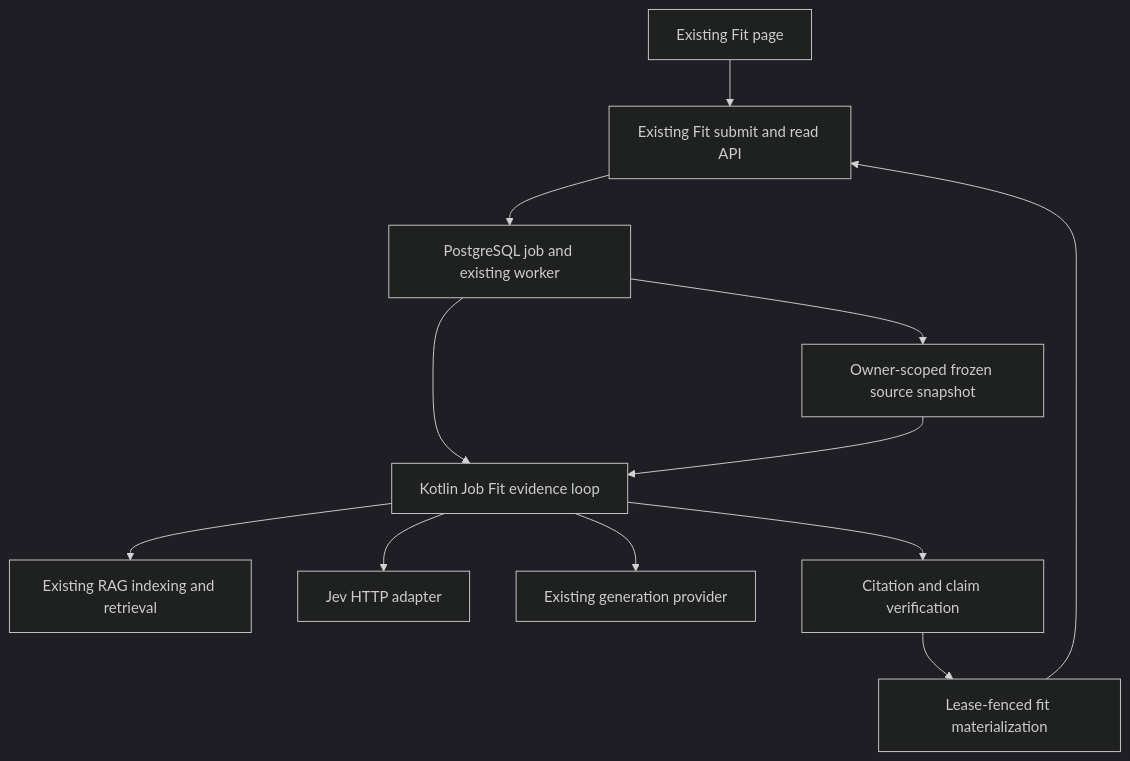
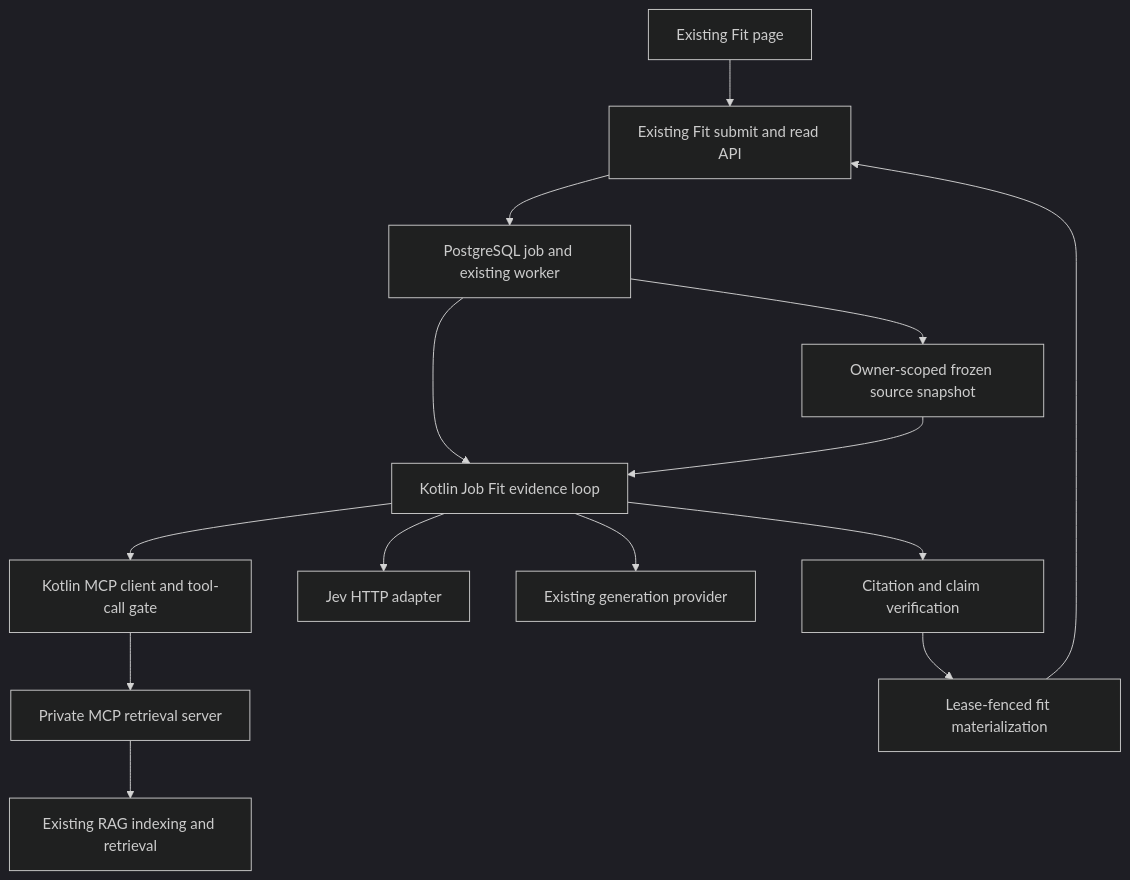
One commit to beboppincowboy/ai_interview changed the first of 3 diagrams in docs/plans/2026-10-24-1621-feat-agentic-job-fit-plan.md. Above: the diagram before and after it, drawn with Mermaid (dark theme). The commit also changed other lines of this file, not shown here.

Commit message:
docs(fit): add internal MCP retrieval (R16, KTD14, U9) to the agentic plan

````diff
--- a/docs/plans/2026-10-24-1621-feat-agentic-job-fit-plan.md
+++ b/docs/plans/2026-10-24-1621-feat-agentic-job-fit-plan.md
@@ -131,14 +141,16 @@
 ```mermaid
 flowchart TB
   UI[Existing Fit page] --> API[Existing Fit submit and read API]
   API --> JOB[PostgreSQL job and existing worker]
   JOB --> SNAP[Owner-scoped frozen source snapshot]
   JOB --> LOOP[Kotlin Job Fit evidence loop]
   SNAP --> LOOP
-  LOOP --> RET[Existing RAG indexing and retrieval]
+  LOOP --> MCP[Kotlin MCP client and tool-call gate]
+  MCP --> TOOLS[Private MCP retrieval server]
+  TOOLS --> RET[Existing RAG indexing and retrieval]
   LOOP --> JEV[Jev HTTP adapter]
   LOOP --> GEN[Existing generation provider]
   LOOP --> CHECK[Citation and claim verification]
   CHECK --> SAVE[Lease-fenced fit materialization]
   SAVE --> API
 ```
````
